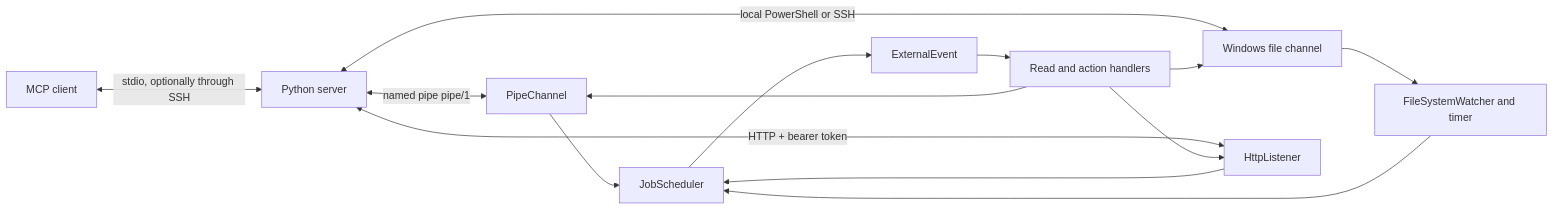
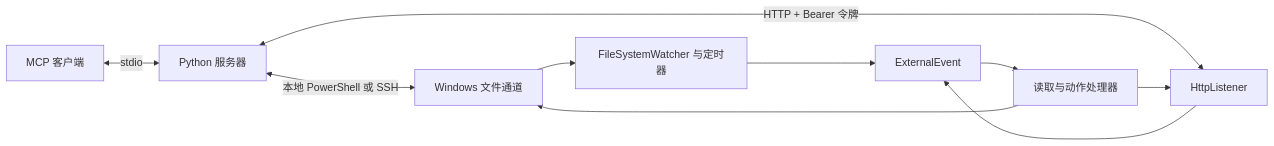
Before and after one commit to vibe-bimer/revit-model-mcp: the diagram in docs/architecture.md, drawn with Mermaid. The commit also changed other lines of this file and 489 other files, not shown here.

````diff
--- a/docs/architecture.md
+++ b/docs/architecture.md
@@ -13,16 +16,12 @@
 ```mermaid
 flowchart LR
-    Client[MCP client] <-->|stdio, optionally through SSH| Server[Python server]
-    Server <-->|named pipe pipe/1| Pipe[PipeChannel]
-    Server <-->|local PowerShell or SSH| Files[Windows file channel]
-    Files --> Watcher[FileSystemWatcher and timer]
-    Server <-->|HTTP + bearer token| HTTP[HttpListener]
-    Pipe --> Scheduler[JobScheduler]
-    Watcher --> Scheduler
-    HTTP --> Scheduler
-    Scheduler --> Event[ExternalEvent]
-    Event --> Handler[Read and action handlers]
+    Client[MCP 客户端] <-->|stdio| Server[Python 服务器]
+    Server <-->|本地 PowerShell 或 SSH| Files[Windows 文件通道]
+    Files --> Watcher[FileSystemWatcher 与定时器]
+    Watcher --> Event[ExternalEvent]
+    Server <-->|HTTP + Bearer 令牌| HTTP[HttpListener]
+    HTTP --> Event
+    Event --> Handler[读取与动作处理器]
     Handler --> Files
-    Handler --> Pipe
     Handler --> HTTP
 ```
````
